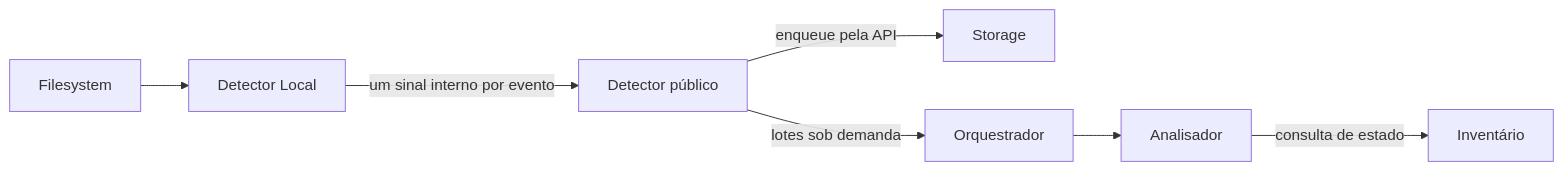
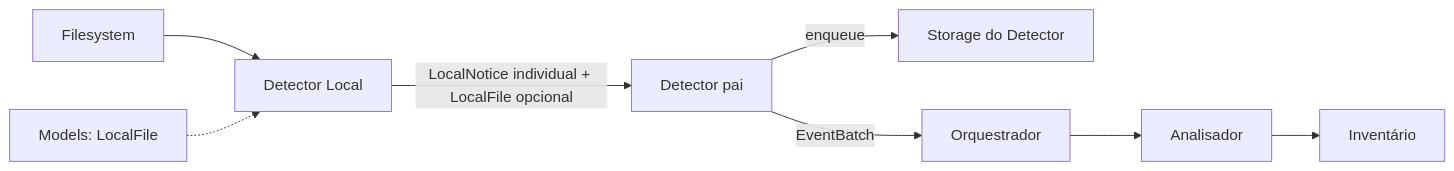
The diagram in docs/engine/detectors/local/README.md (rafatosta/drivesync), drawn with Mermaid before and after one commit. The commit also changed other lines of this file, not shown here.

Commit message:
docs(local-detector): align observation contracts with shared models

````diff
--- a/docs/engine/detectors/local/README.md
+++ b/docs/engine/detectors/local/README.md
@@ -22,9 +24,10 @@
 ```mermaid
 flowchart LR
-  FS[Filesystem] --> DL[Detector Local]
-  DL -->|um sinal interno por evento| DET[Detector público]
-  DET -->|enqueue pela API| STO[Storage]
-  DET -->|lotes sob demanda| ORQ[Orquestrador]
-  ORQ --> AN[Analisador]
-  AN -->|consulta de estado| INV[Inventário]
+    FS[Filesystem] --> LOC[Detector Local]
+    MOD[Models: LocalFile] -.-> LOC
+    LOC -->|"LocalNotice individual + LocalFile opcional"| DET[Detector pai]
+    DET -->|"enqueue"| STO[Storage do Detector]
+    DET -->|"EventBatch"| ORQ[Orquestrador]
+    ORQ --> AN[Analisador]
+    AN --> INV[Inventário]
 ```
````
